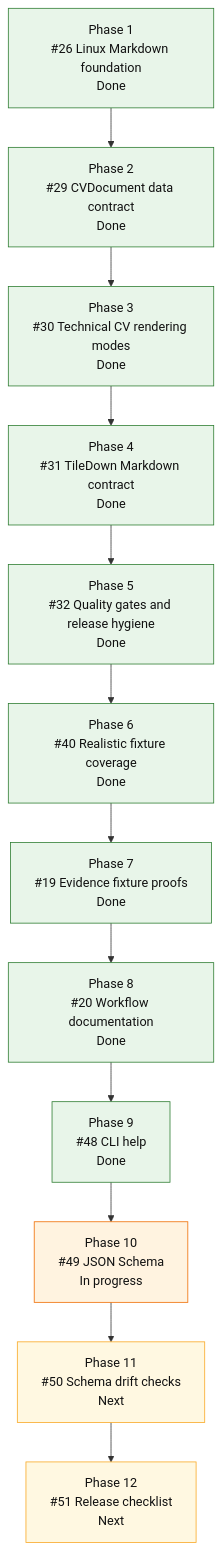
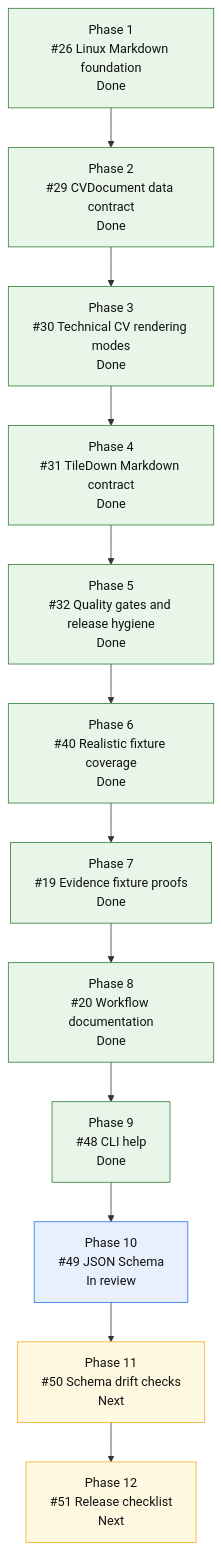
One commit to mihaelamj/cvbuilder changed the diagram in README.md. Above: the diagram before and after it, drawn with Mermaid. The commit also changed 1 other file, not shown here.

Commit message:
docs(roadmap): mark JSON Schema in review

````diff
--- a/README.md
+++ b/README.md
@@ -165,28 +165,28 @@
 ```mermaid
 flowchart TD
     P1["Phase 1<br/>#26 Linux Markdown foundation<br/>Done"]
     P2["Phase 2<br/>#29 CVDocument data contract<br/>Done"]
     P3["Phase 3<br/>#30 Technical CV rendering modes<br/>Done"]
     P4["Phase 4<br/>#31 TileDown Markdown contract<br/>Done"]
     P5["Phase 5<br/>#32 Quality gates and release hygiene<br/>Done"]
     P6["Phase 6<br/>#40 Realistic fixture coverage<br/>Done"]
     P7["Phase 7<br/>#19 Evidence fixture proofs<br/>Done"]
     P8["Phase 8<br/>#20 Workflow documentation<br/>Done"]
     P9["Phase 9<br/>#48 CLI help<br/>Done"]
-    P10["Phase 10<br/>#49 JSON Schema<br/>In progress"]
+    P10["Phase 10<br/>#49 JSON Schema<br/>In review"]
     P11["Phase 11<br/>#50 Schema drift checks<br/>Next"]
     P12["Phase 12<br/>#51 Release checklist<br/>Next"]
 
     P1 --> P2 --> P3 --> P4 --> P5 --> P6 --> P7 --> P8 --> P9 --> P10 --> P11 --> P12
 
     classDef done fill:#e8f5e9,stroke:#2e7d32,color:#111;
     classDef active fill:#fff3e0,stroke:#ef6c00,color:#111;
     classDef review fill:#e8f0fe,stroke:#1a73e8,color:#111;
     classDef next fill:#fff8e1,stroke:#f9a825,color:#111;
     classDef partial fill:#e0f7fa,stroke:#00838f,color:#111;
     classDef todo fill:#eef3ff,stroke:#3367d6,color:#111;
     class P1,P2,P3,P4 done;
     class P5,P6,P7,P8,P9 done;
-    class P10 active;
+    class P10 review;
     class P11,P12 next;
 ```
````
